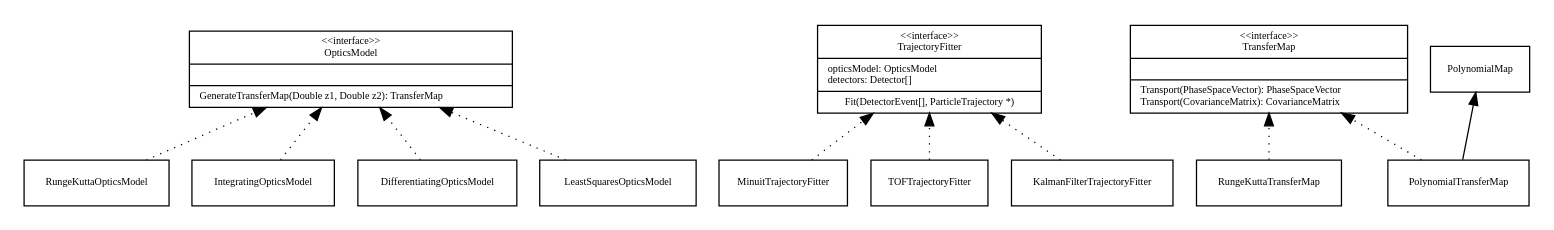
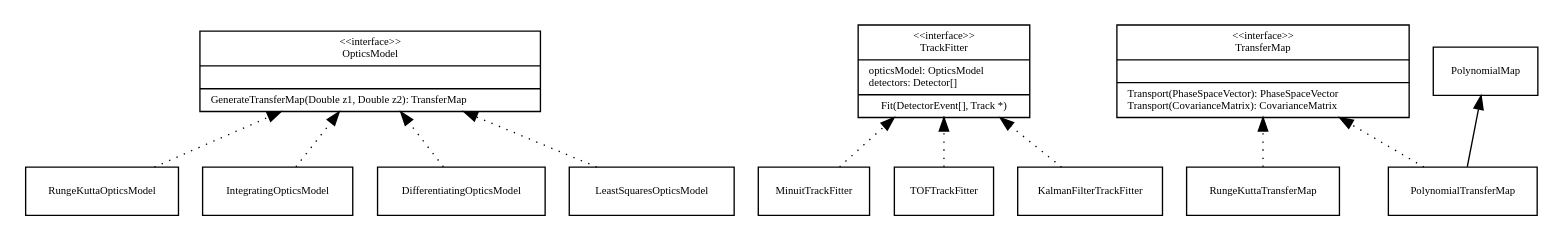
Before and after one commit to mice-software/maus: the diagram in doc/doc_src/reconstruction/class_hierarchy_interfaces.dot, drawn with Graphviz. The commit also changed 13 other files, not shown here.

```diff
--- a/doc/doc_src/reconstruction/class_hierarchy_interfaces.dot
+++ b/doc/doc_src/reconstruction/class_hierarchy_interfaces.dot
@@ -1,88 +1,88 @@
 digraph G {
   fontname = "Bitstream Vera Sans"
   fontsize = 10
   size = "8.5 11"
 
   rankdir = "BT"
 
   node [
     fontname = "Bitstream Vera Sans"
     fontsize = 8
     shape = "record"
   ]
 
   edge [
     fontname = "Bitstream Vera Sans"
     fontsize = 8
   ]
 
   OpticsModel [
     label = "{\<\<interface\>\>\n\N||GenerateTransferMap(Double z1, Double z2): TransferMap\l}"
   ]
 
-  TrajectoryFitter [
-    label = "{\<\<interface\>\>\n\N|opticsModel: OpticsModel\ldetectors: Detector[]\l|Fit(DetectorEvent[], ParticleTrajectory *)}"
+  TrackFitter [
+    label = "{\<\<interface\>\>\n\N|opticsModel: OpticsModel\ldetectors: Detector[]\l|Fit(DetectorEvent[], Track *)}"
   ]
 
   RungeKuttaOpticsModel [
   ]
 
   IntegratingOpticsModel [
   ]
 
   DifferentiatingOpticsModel [
   ]
 
   LeastSquaresOpticsModel [
   ]
 
   TransferMap [
     label = "{\<\<interface\>\>\n\N||Transport(PhaseSpaceVector): PhaseSpaceVector\lTransport(CovarianceMatrix): CovarianceMatrix\l}"
     pos = "10,50"
   ]
 
   PolynomialMap [
   ]
 
   PolynomialTransferMap [
   ]
 
   RungeKuttaTransferMap [
   ]
 
-  MinuitTrajectoryFitter [
+  MinuitTrackFitter [
   ]
 
-  TOFTrajectoryFitter [
+  TOFTrackFitter [
   ]
 
-  KalmanFilterTrajectoryFitter [
+  KalmanFilterTrackFitter [
   ]
 
   edge [
     style = "solid"
   ]
 
   PolynomialTransferMap -> PolynomialMap
 
   edge [
     style = "dotted"
   ]
 
   RungeKuttaOpticsModel -> OpticsModel
   IntegratingOpticsModel -> OpticsModel
   DifferentiatingOpticsModel -> OpticsModel
   LeastSquaresOpticsModel -> OpticsModel
   PolynomialTransferMap -> TransferMap
   RungeKuttaTransferMap -> TransferMap
-  MinuitTrajectoryFitter -> TrajectoryFitter
-  TOFTrajectoryFitter -> TrajectoryFitter
-  KalmanFilterTrajectoryFitter -> TrajectoryFitter
+  MinuitTrackFitter -> TrackFitter
+  TOFTrackFitter -> TrackFitter
+  KalmanFilterTrackFitter -> TrackFitter
 
   edge [
     style = "solid"
     arrowhead = "none"
 
     headlabel = "1"
   ]
 }
```
